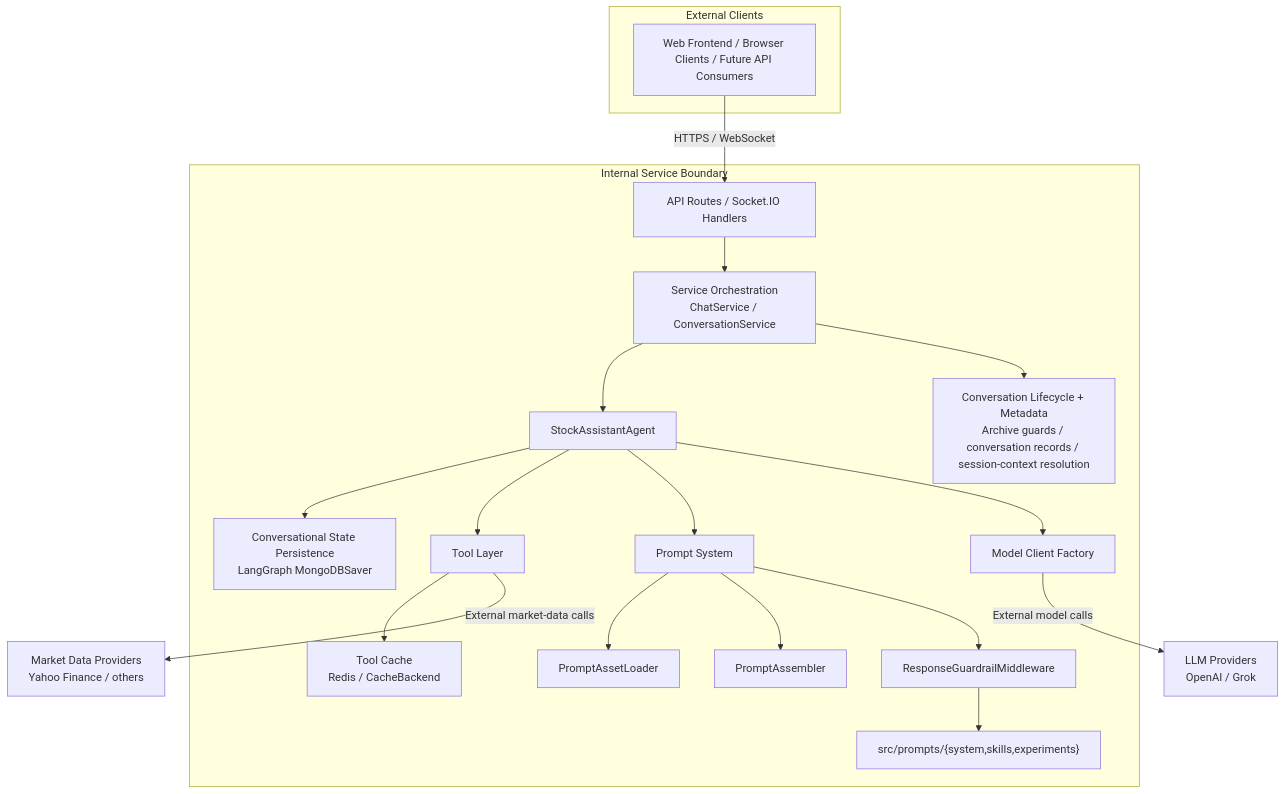
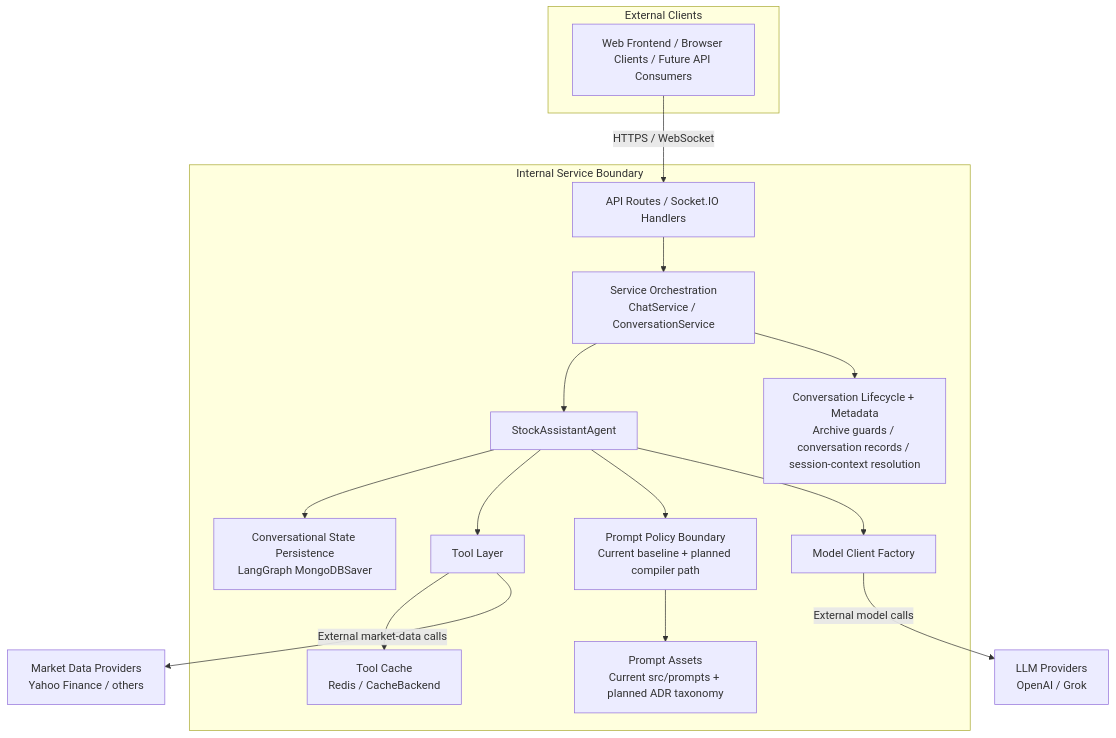
The first of 11 diagrams in docs/domains/agent/ARCHITECTURE_DESIGN.md (d-dragon/dp-stock-investment-assistant), drawn with Mermaid before and after one commit. The commit also changed other lines of this file and 1 other file, not shown here.

Commit message:
docs(agent): refine prompt system architecture and design with clarifying transition from hardcoded to governed prompt assets

````diff
--- a/docs/domains/agent/ARCHITECTURE_DESIGN.md
+++ b/docs/domains/agent/ARCHITECTURE_DESIGN.md
@@ -193,40 +193,34 @@
 ```mermaid
 flowchart TD
   subgraph ExternalClients["External Clients"]
     Client["Web Frontend / Browser Clients / Future API Consumers"]
   end
 
   subgraph InternalBoundary["Internal Service Boundary"]
     Entry["API Routes / Socket.IO Handlers"]
     Service["Service Orchestration\nChatService / ConversationService"]
     Lifecycle["Conversation Lifecycle + Metadata\nArchive guards / conversation records / session-context resolution"]
     Agent["StockAssistantAgent"]
     Checkpoint["Conversational State Persistence\nLangGraph MongoDBSaver"]
     ToolLayer["Tool Layer"]
     Redis["Tool Cache\nRedis / CacheBackend"]
-    PromptSystem["Prompt System"]
-    PromptAssetLoader["PromptAssetLoader"]
-    PromptAssembler["PromptAssembler"]
-    ResponseGuardrailMiddleware["ResponseGuardrailMiddleware"]
-    PromptAssets["src/prompts/{system,skills,experiments}"]
+    PromptSystem["Prompt Policy Boundary\nCurrent baseline + planned compiler path"]
+    PromptAssets["Prompt Assets\nCurrent src/prompts + planned ADR taxonomy"]
     ModelFactory["Model Client Factory"]
   end
 
   LLM["LLM Providers\nOpenAI / Grok"]
   Market["Market Data Providers\nYahoo Finance / others"]
 
   Client -->|"HTTPS / WebSocket"| Entry
   Entry --> Service --> Agent
   Service --> Lifecycle
   Agent --> Checkpoint
   Agent --> ToolLayer
   ToolLayer --> Redis
   Agent --> PromptSystem
-  PromptSystem --> PromptAssetLoader
-  PromptSystem --> PromptAssembler
-  PromptSystem --> ResponseGuardrailMiddleware
-  ResponseGuardrailMiddleware --> PromptAssets
+  PromptSystem --> PromptAssets
   Agent --> ModelFactory
   ModelFactory -->|"External model calls"| LLM
   ToolLayer -->|"External market-data calls"| Market
 ```
````
